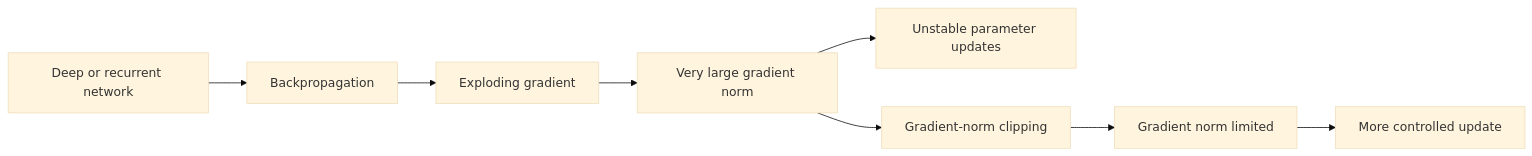
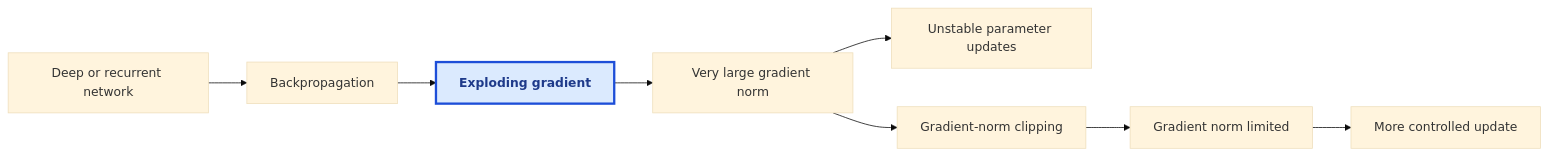
One commit to ilwon-seo/terms changed the diagram in E/Exploding Gradient.md. Above: the diagram before and after it, drawn with Mermaid (base theme). The commit also changed 18 other files, not shown here.

Commit message:
Standardize current-term Mermaid styling

````diff
--- a/E/Exploding Gradient.md
+++ b/E/Exploding Gradient.md
@@ -72,10 +72,12 @@
 ```mermaid
 flowchart LR
   network["Deep or recurrent network"] --> backprop["Backpropagation"]
   backprop --> exploding["Exploding gradient"]
   exploding --> large["Very large gradient norm"]
   large --> unstable["Unstable parameter updates"]
   clipping["Gradient-norm clipping"] --> bounded["Gradient norm limited"]
   large --> clipping
   bounded --> updates["More controlled update"]
+  classDef currentTerm fill:#dbeafe,stroke:#1d4ed8,stroke-width:3px,color:#1e3a8a,font-weight:bold
+  class exploding currentTerm
 ```
````
